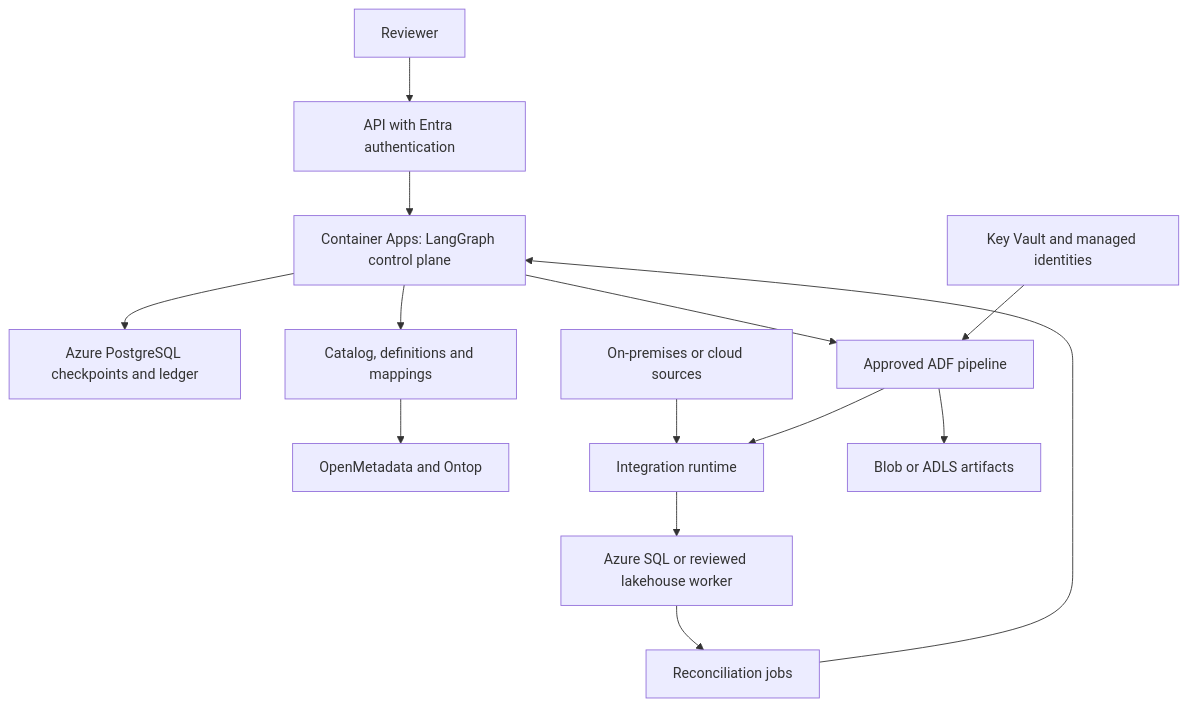
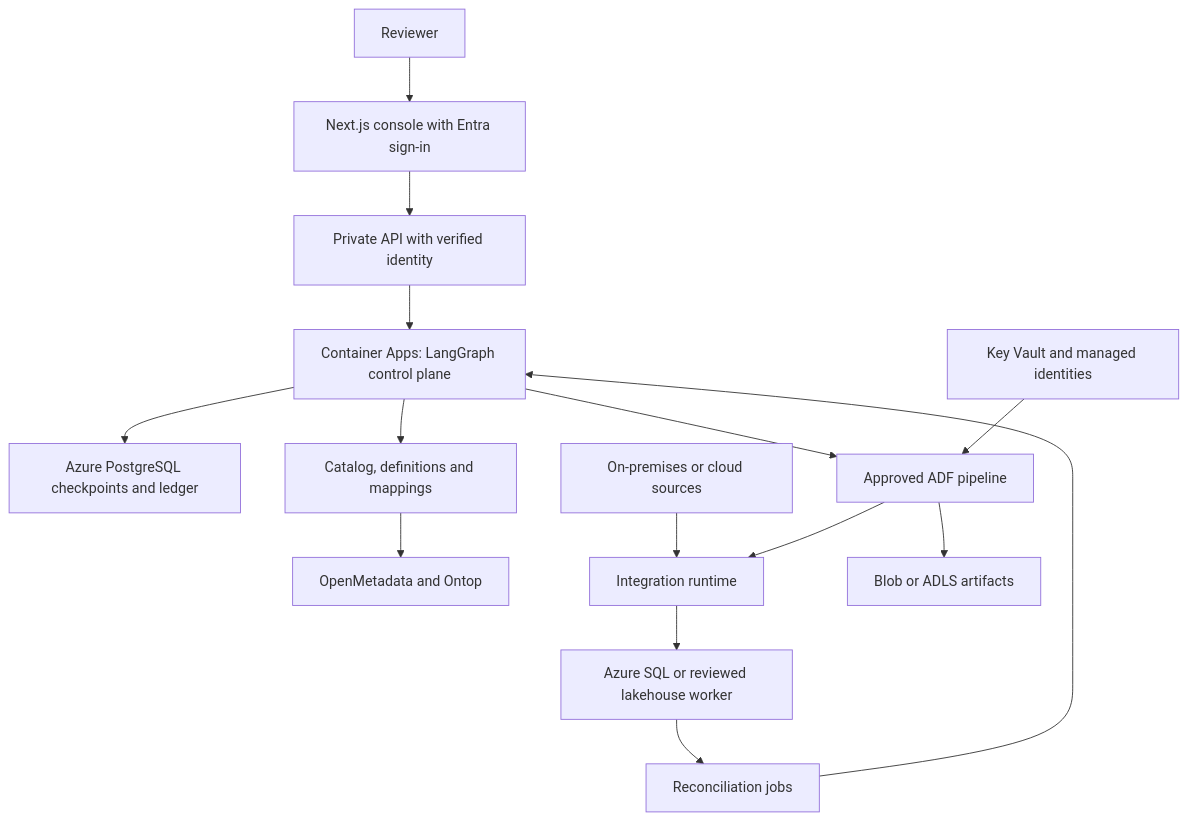
One commit to mahi80/DataMigration changed the second of 2 diagrams in docs/architecture/azure.md. Above: the diagram before and after it, drawn with Mermaid. The commit also changed other lines of this file and 51 other files, not shown here.

Commit message:
Add governed Next.js migration console and integrated quality checks

````diff
--- a/docs/architecture/azure.md
+++ b/docs/architecture/azure.md
@@ -48,16 +82,17 @@
 ```mermaid
 flowchart TD
-    Reviewer["Reviewer"] --> API["API with Entra authentication"]
+    Reviewer["Reviewer"] --> Console["Next.js console with Entra sign-in"]
+    Console --> API["Private API with verified identity"]
     API --> Graph["Container Apps: LangGraph control plane"]
     Graph --> State["Azure PostgreSQL checkpoints and ledger"]
     Graph --> Context["Catalog, definitions and mappings"]
     Context --> Gov["OpenMetadata and Ontop"]
     Graph --> ADF["Approved ADF pipeline"]
     Source["On-premises or cloud sources"] --> IR["Integration runtime"]
     ADF --> IR
     IR --> Target["Azure SQL or reviewed lakehouse worker"]
     ADF --> Artifacts["Blob or ADLS artifacts"]
     Target --> Validate["Reconciliation jobs"]
     Validate --> Graph
     KeyVault["Key Vault and managed identities"] --> ADF
 ```
````
